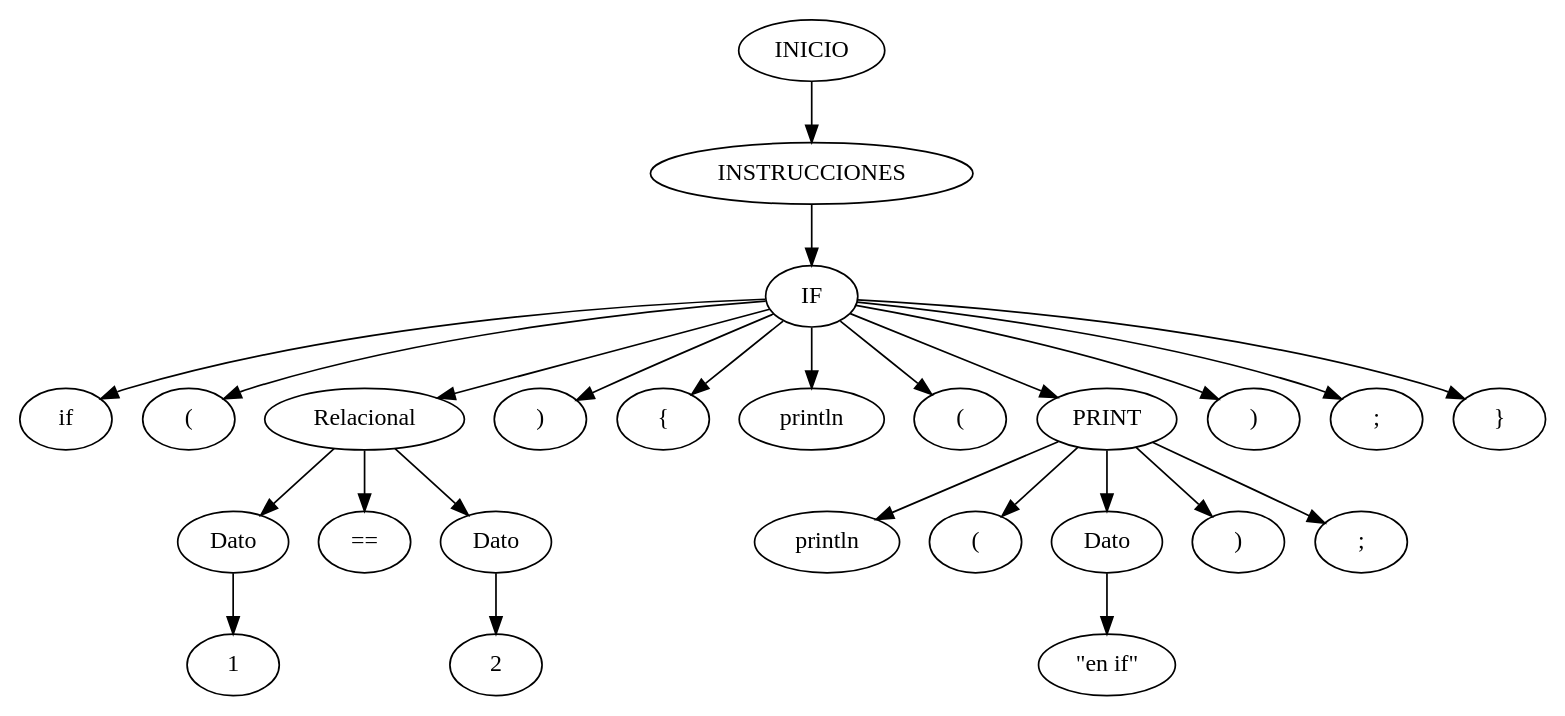
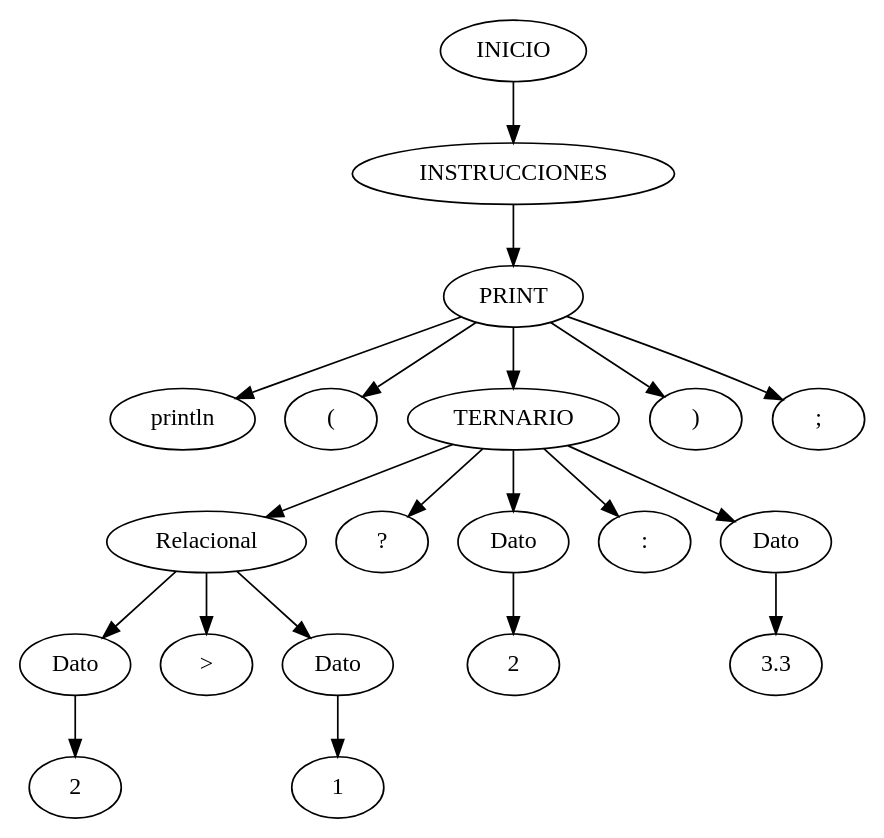
One commit to Ssolares0/OLC1_Proyecto2_202004822 changed the diagram in server/arbolAST.dot. Above: the diagram before and after it, drawn with Graphviz. The commit also changed 9 other files, not shown here.

```diff
--- a/server/arbolAST.dot
+++ b/server/arbolAST.dot
@@ -1,52 +1,42 @@
 digraph arbolAST{ 
       n0[label="INICIO"];
       n1[label="INSTRUCCIONES"];
       n0 -> n1;
-n2[label="IF"];
+n2[label="PRINT"];
       n1 -> n2;
-n3[label="if"];
+n3[label="println"];
       n2 -> n3;
 n4[label="("];
       n2 -> n4;
-n5[label="Relacional"];
+n5[label="TERNARIO"];
       n2 -> n5;
-n6[label="Dato"];
+n6[label="Relacional"];
       n5 -> n6;
-n7[label="1"];
+n7[label="Dato"];
       n6 -> n7;
-n8[label="=="];
-      n5 -> n8;
-n9[label="Dato"];
-      n5 -> n9;
-n10[label="2"];
-      n9 -> n10;
-n11[label=")"];
-      n2 -> n11;
-n12[label="{"];
-      n2 -> n12;
-n13[label="println"];
-      n2 -> n13;
-n14[label="("];
-      n2 -> n14;
-n15[label="PRINT"];
-      n2 -> n15;
-n16[label="println"];
-      n15 -> n16;
-n17[label="("];
-      n15 -> n17;
-n18[label="Dato"];
-      n15 -> n18;
-n19[label="\"en if\""];
-      n18 -> n19;
-n20[label=")"];
-      n15 -> n20;
-n21[label=";"];
-      n15 -> n21;
-n22[label=")"];
-      n2 -> n22;
-n23[label=";"];
-      n2 -> n23;
-n24[label="}"];
-      n2 -> n24;
+n8[label="2"];
+      n7 -> n8;
+n9[label=">"];
+      n6 -> n9;
+n10[label="Dato"];
+      n6 -> n10;
+n11[label="1"];
+      n10 -> n11;
+n12[label="?"];
+      n5 -> n12;
+n13[label="Dato"];
+      n5 -> n13;
+n14[label="2"];
+      n13 -> n14;
+n15[label=":"];
+      n5 -> n15;
+n16[label="Dato"];
+      n5 -> n16;
+n17[label="3.3"];
+      n16 -> n17;
+n18[label=")"];
+      n2 -> n18;
+n19[label=";"];
+      n2 -> n19;
 
     }
```
